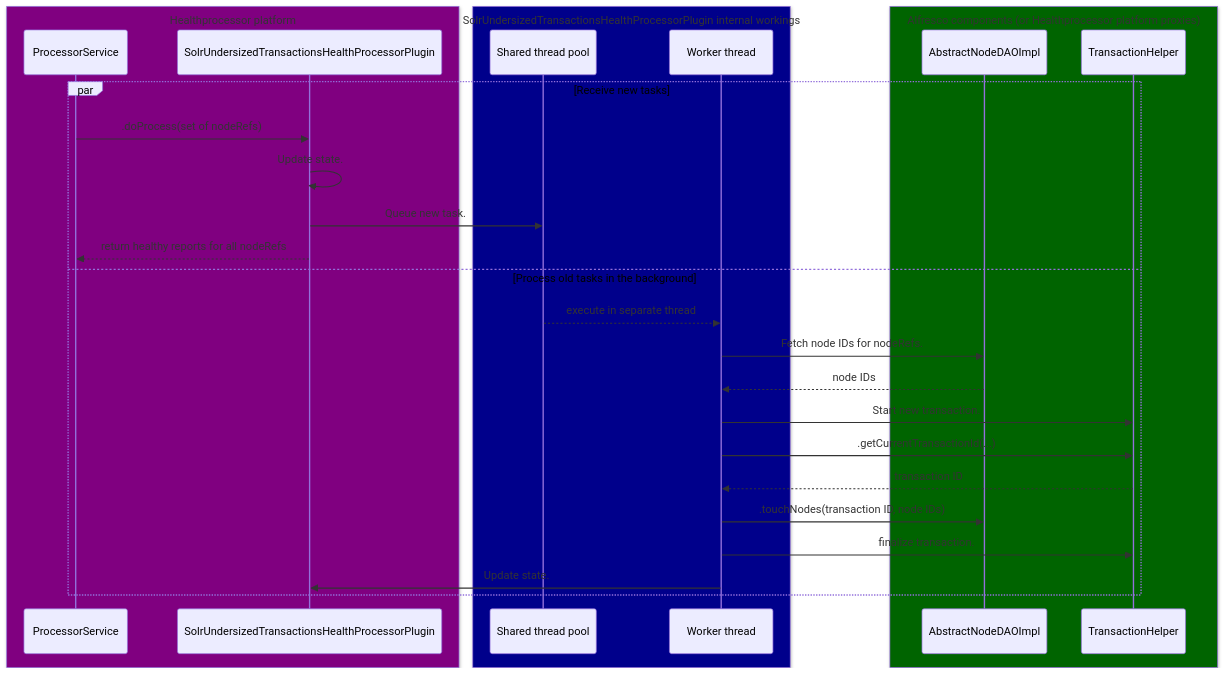
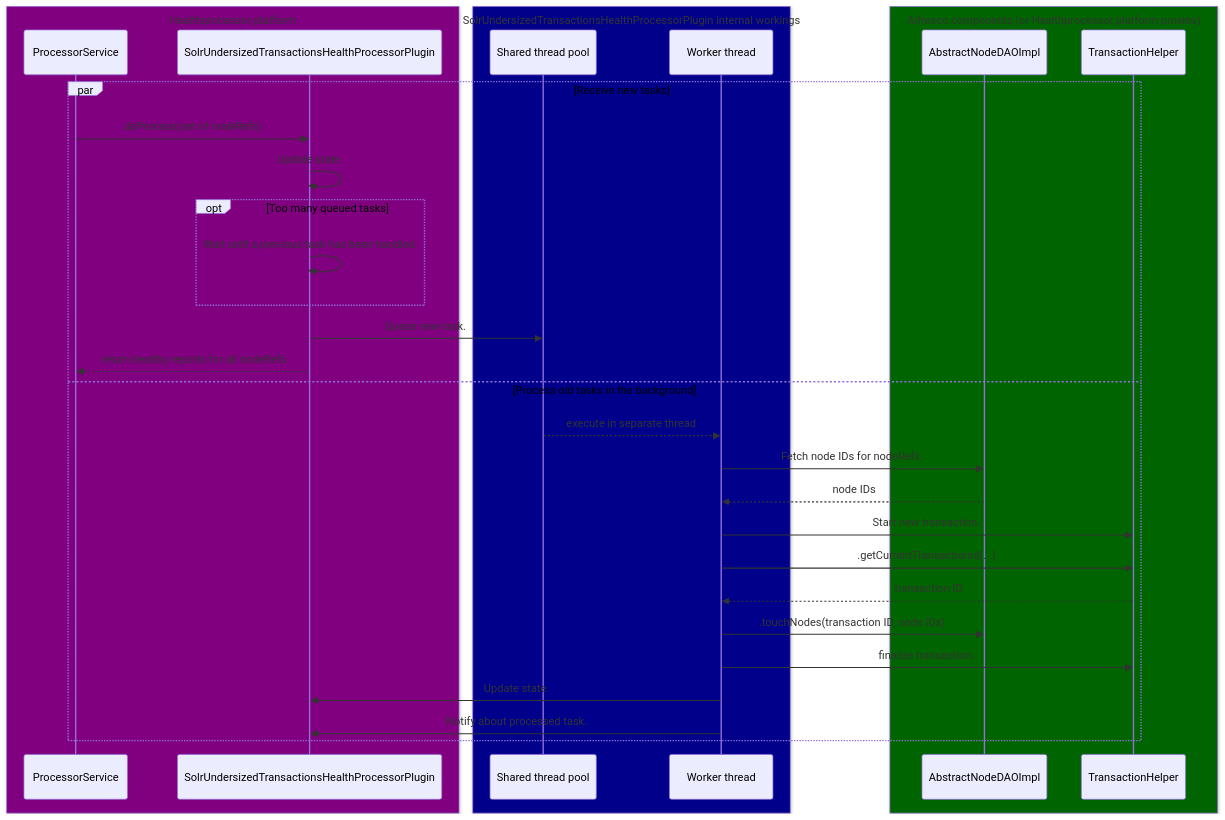
Before and after one commit to xenit-eu/alfresco-health-processor: the diagram in docs/plugin/solr-undersized-transactions-plugin-mermaid-diagram.md, drawn with Mermaid. The commit also changed 1 other file, not shown here.

Commit message:
[NYS2AWS-134] updated diagrams

````diff
--- a/docs/plugin/solr-undersized-transactions-plugin-mermaid-diagram.md
+++ b/docs/plugin/solr-undersized-transactions-plugin-mermaid-diagram.md
@@ -1,33 +1,37 @@
 ```mermaid
 sequenceDiagram
     box Purple Healthprocessor platform
     participant ProcessorService
     participant SolrUndersizedTransactionsHealthProcessorPlugin
     end
     box Darkblue SolrUndersizedTransactionsHealthProcessorPlugin internal workings
     participant Shared thread pool
     participant Worker thread
     end
     box Darkgreen Alfresco components (or Healthprocessor platform proxies)
     participant AbstractNodeDAOImpl
     participant TransactionHelper
     end
 
     par Receive new tasks
         ProcessorService->>SolrUndersizedTransactionsHealthProcessorPlugin: .doProcess(set of nodeRefs)
         SolrUndersizedTransactionsHealthProcessorPlugin->>SolrUndersizedTransactionsHealthProcessorPlugin: Update state.
+        opt Too many queued tasks
+            SolrUndersizedTransactionsHealthProcessorPlugin->>SolrUndersizedTransactionsHealthProcessorPlugin: Wait until a previous task has been handled.
+        end
         SolrUndersizedTransactionsHealthProcessorPlugin->>Shared thread pool: Queue new task.
         SolrUndersizedTransactionsHealthProcessorPlugin-->>ProcessorService: return healthy reports for all nodeRefs
     
     and Process old tasks in the background
         Shared thread pool-->>Worker thread: execute in separate thread
         Worker thread->>AbstractNodeDAOImpl: Fetch node IDs for nodeRefs.
         AbstractNodeDAOImpl-->>Worker thread: node IDs
         Worker thread->>TransactionHelper: Start new transaction.
         Worker thread->>TransactionHelper: .getCurrentTransactionId(...)
         TransactionHelper-->>Worker thread: transaction ID
         Worker thread->>AbstractNodeDAOImpl: .touchNodes(transaction ID, node IDs)
         Worker thread->>TransactionHelper: finalize transaction.
         Worker thread->>SolrUndersizedTransactionsHealthProcessorPlugin: Update state.
+        Worker thread->>SolrUndersizedTransactionsHealthProcessorPlugin: Notify about processed task.
     end
 ```
````
